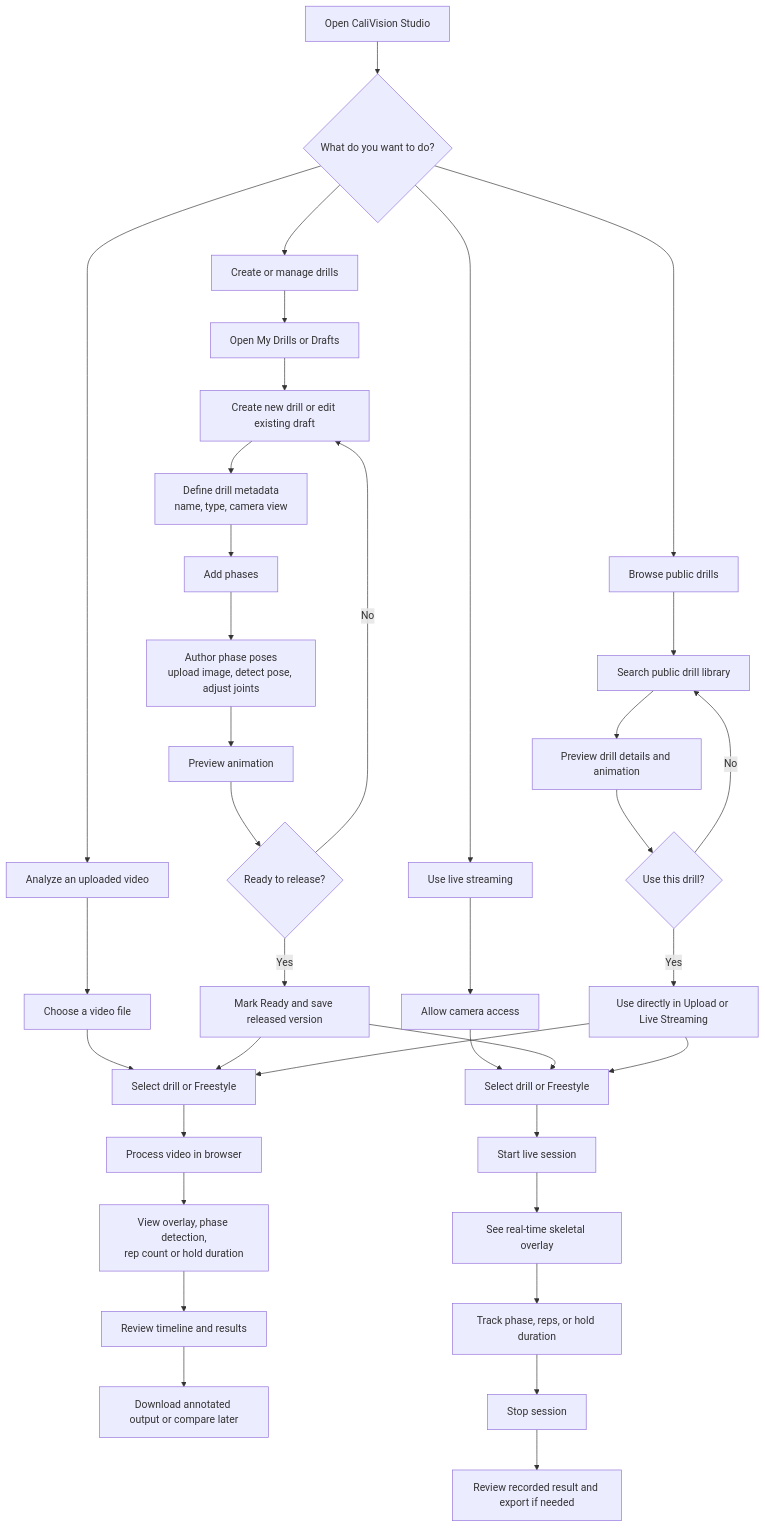
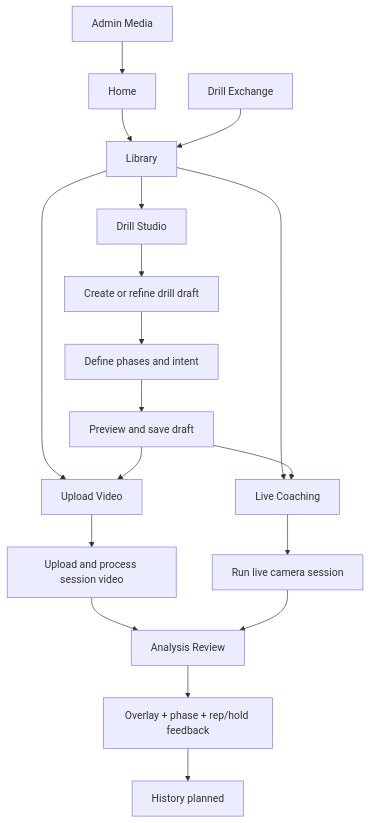
One commit to Voycepeh/CaliVision-Studio changed the second of 2 diagrams in README.md. Above: the diagram before and after it, drawn with Mermaid. The commit also changed other lines of this file, not shown here.

Commit message:
docs: mark Android repo as legacy POC in README

````diff
--- a/README.md
+++ b/README.md
@@ -26,50 +77,24 @@
 ```mermaid
 flowchart TD
-    A[Open CaliVision Studio] --> B{What do you want to do?}
+    A[Home] --> B[Library]
+    Y[Admin Media] --> A
 
-    B --> C[Create or manage drills]
-    B --> D[Analyze an uploaded video]
-    B --> E[Use live streaming]
-    B --> F[Browse public drills]
+    B --> C[Drill Studio]
+    B --> D[Upload Video]
+    B --> E[Live Coaching]
+    X[Drill Exchange] --> B
 
-    %% Drill authoring flow
-    C --> C1[Open My Drills or Drafts]
-    C1 --> C2[Create new drill or edit existing draft]
-    C2 --> C3[Define drill metadata<br/>name, type, camera view]
-    C3 --> C4[Add phases]
-    C4 --> C5[Author phase poses<br/>upload image, detect pose, adjust joints]
-    C5 --> C6[Preview animation]
-    C6 --> C7{Ready to release?}
-    C7 -->|No| C2
-    C7 -->|Yes| C8[Mark Ready and save released version]
+    C --> C1[Create or refine drill draft]
+    C1 --> C2[Define phases and intent]
+    C2 --> C3[Preview and save draft]
+    C3 --> D
+    C3 --> E
 
-    %% Upload analysis flow
-    D --> D1[Choose a video file]
-    D1 --> D2[Select drill or Freestyle]
-    D2 --> D3[Process video in browser]
-    D3 --> D4[View overlay, phase detection,<br/>rep count or hold duration]
-    D4 --> D5[Review timeline and results]
-    D5 --> D6[Download annotated output or compare later]
+    D --> D1[Upload and process session video]
+    E --> E1[Run live camera session]
 
-    %% Live streaming flow
-    E --> E1[Allow camera access]
-    E1 --> E2[Select drill or Freestyle]
-    E2 --> E3[Start live session]
-    E3 --> E4[See real-time skeletal overlay]
-    E4 --> E5[Track phase, reps, or hold duration]
-    E5 --> E6[Stop session]
-    E6 --> E7[Review recorded result and export if needed]
-
-    %% Public drill flow
-    F --> F1[Search public drill library]
-    F1 --> F2[Preview drill details and animation]
-    F2 --> F3{Use this drill?}
-    F3 -->|Yes| F4[Use directly in Upload or Live Streaming]
-    F3 -->|No| F1
-
-    %% Cross-links
-    C8 --> D2
-    C8 --> E2
-    F4 --> D2
-    F4 --> E2
+    D1 --> F[Analysis Review]
+    E1 --> F
+    F --> F1[Overlay + phase + rep/hold feedback]
+    F1 --> G[History planned]
 ```
````
